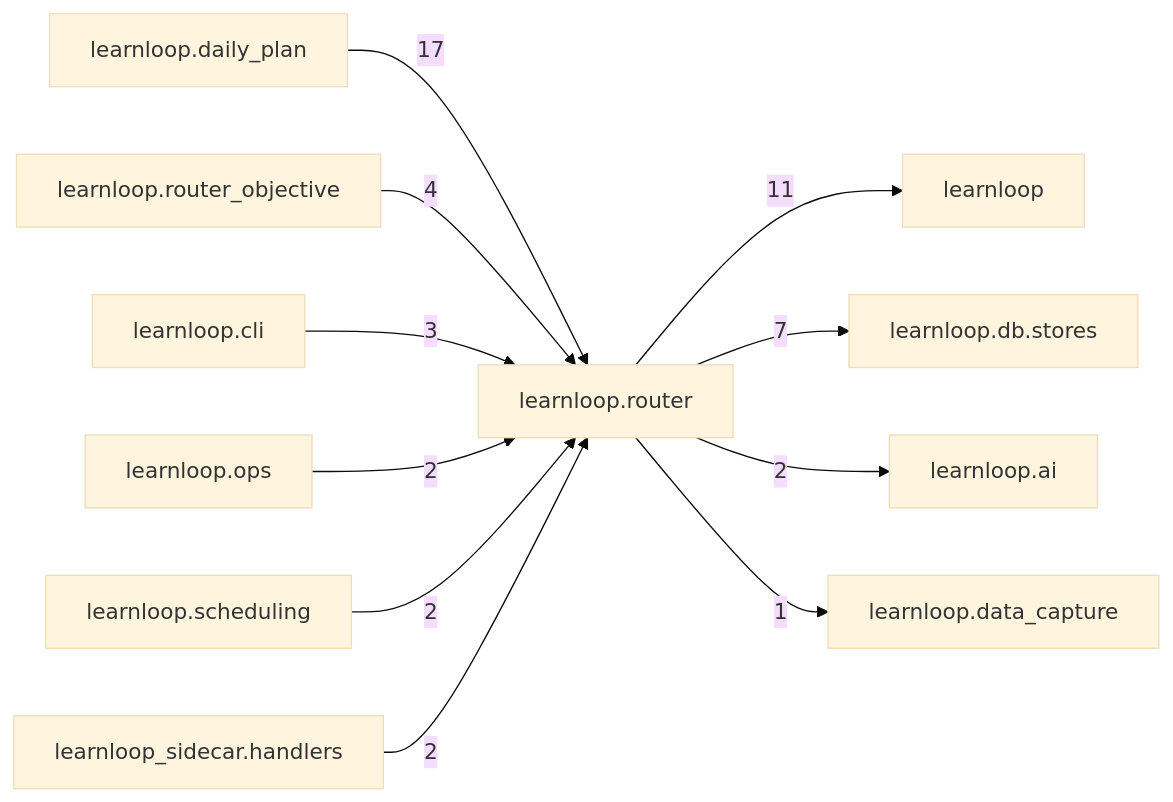
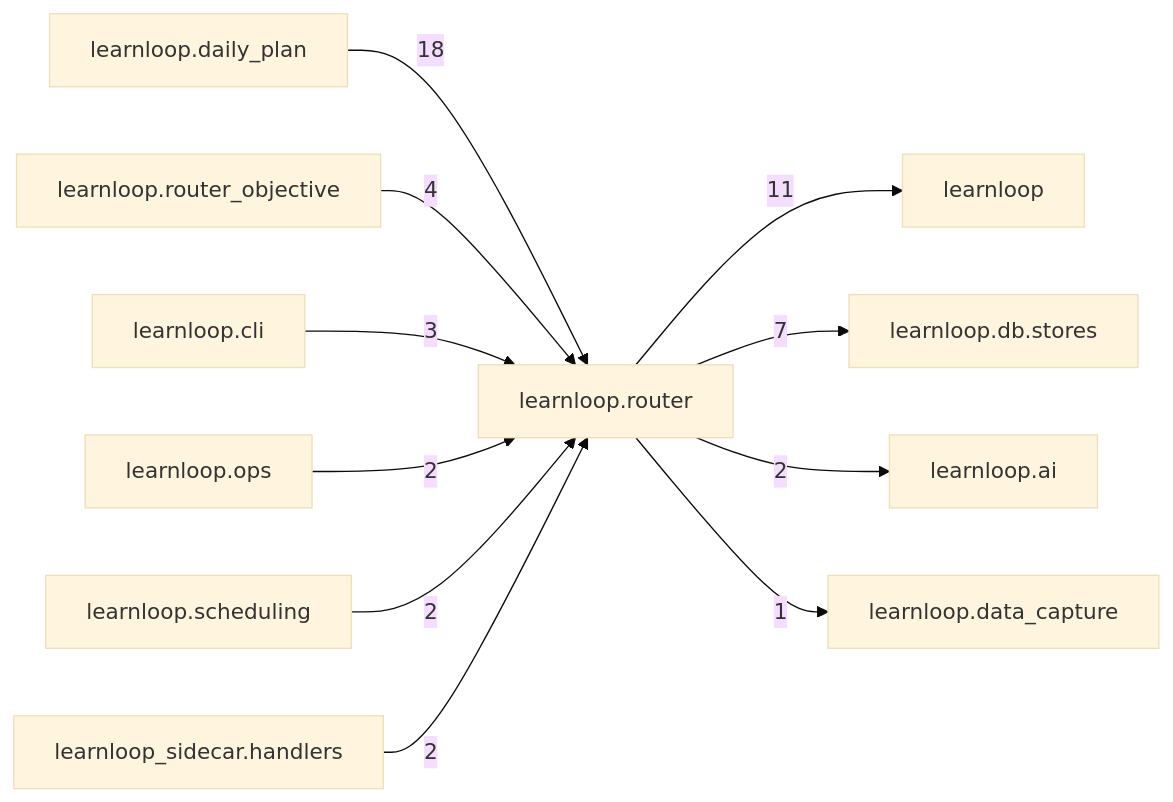
One commit to 6up-b/learnanything changed the diagram in docs/learnloop-architecture-vault/Reference/Modules/learnloop/router/_package.md. Above: the diagram before and after it, drawn with Mermaid (base theme). The commit also changed other lines of this file and 533 other files, not shown here.

````diff
--- a/docs/learnloop-architecture-vault/Reference/Modules/learnloop/router/_package.md
+++ b/docs/learnloop-architecture-vault/Reference/Modules/learnloop/router/_package.md
@@ -97,24 +97,24 @@
 ```mermaid
 flowchart LR
     center["learnloop.router"]
     n_learnloop_daily_plan["learnloop.daily_plan"]
     n_learnloop["learnloop"]
     n_learnloop_db_stores["learnloop.db.stores"]
     n_learnloop_router_objective["learnloop.router_objective"]
     n_learnloop_cli["learnloop.cli"]
     n_learnloop_ai["learnloop.ai"]
     n_learnloop_ops["learnloop.ops"]
     n_learnloop_scheduling["learnloop.scheduling"]
     n_learnloop_sidecar_handlers["learnloop_sidecar.handlers"]
     n_learnloop_data_capture["learnloop.data_capture"]
-    n_learnloop_daily_plan -->|17| center
+    n_learnloop_daily_plan -->|18| center
     center -->|11| n_learnloop
     center -->|7| n_learnloop_db_stores
     n_learnloop_router_objective -->|4| center
     n_learnloop_cli -->|3| center
     center -->|2| n_learnloop_ai
     n_learnloop_ops -->|2| center
     n_learnloop_scheduling -->|2| center
     n_learnloop_sidecar_handlers -->|2| center
     center -->|1| n_learnloop_data_capture
 ```
````
